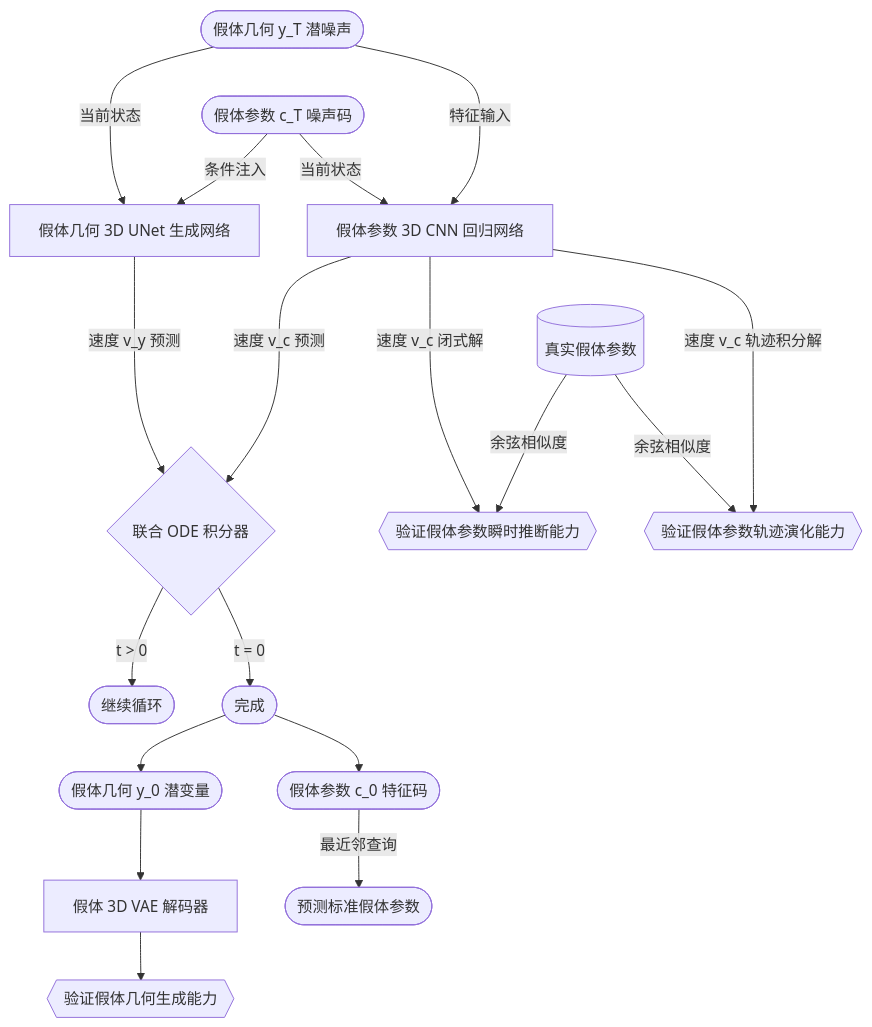
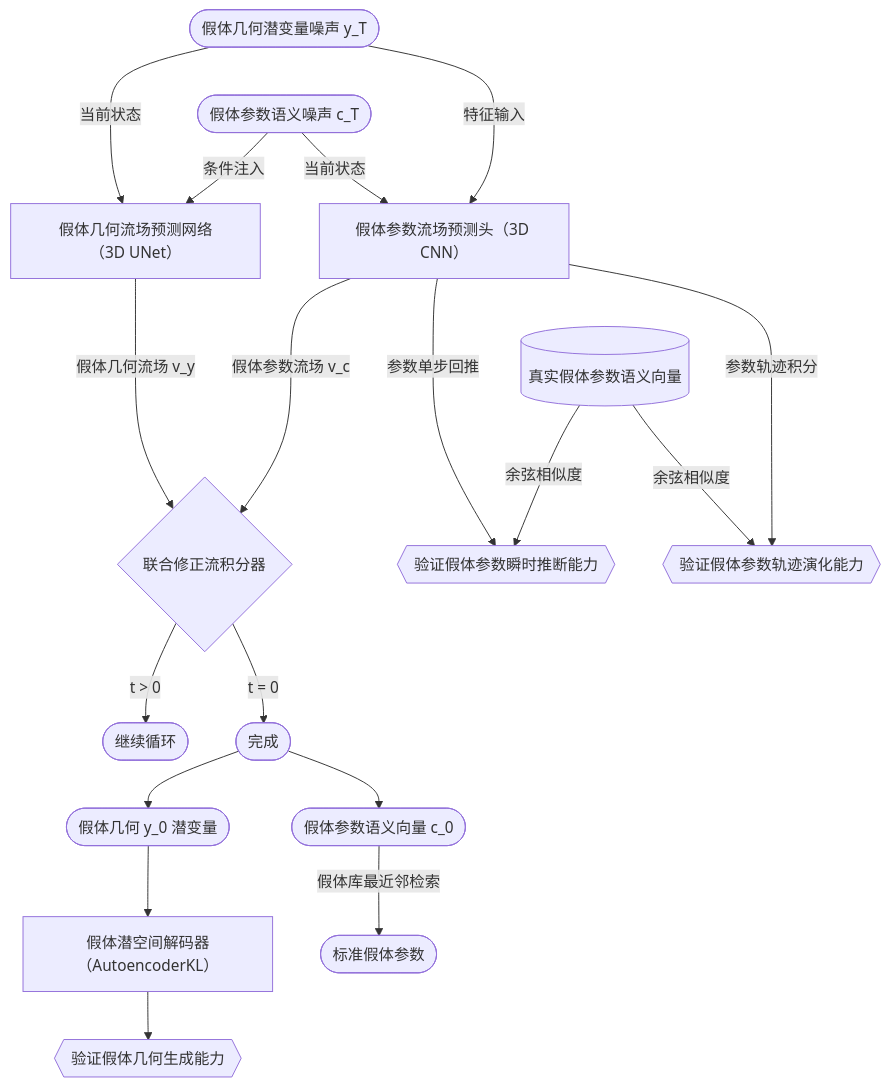
Before and after one commit to doidio/nonahip: the second of 4 diagrams in README.md, drawn with Mermaid. The commit also changed other lines of this file, not shown here.

````diff
--- a/README.md
+++ b/README.md
@@ -115,57 +116,57 @@
 ```mermaid
 flowchart TB  
   %% ---- 联合演化核心动力学 ----
-  noise_y([假体几何 y_T 潜噪声])
-  noise_c([假体参数 c_T 噪声码])
+  noise_y([假体几何潜变量噪声 y_T])
+  noise_c([假体参数语义噪声 c_T])
 
-  unet[假体几何 3D UNet 生成网络]
-  cnn[假体参数 3D CNN 回归网络]
+  unet[假体几何流场预测网络（3D UNet）]
+  cnn[假体参数流场预测头（3D CNN）]
   
-  ode{联合 ODE 积分器}
+  ode{联合修正流积分器}
   
   %% 【特征 1：交织耦合 (相互跨模态注入)】
   noise_y --->|当前状态| unet
   noise_c -->|当前状态| cnn
   
   noise_y --->|特征输入| cnn
   noise_c -->|条件注入| unet
 
   %% 【特征 2：共用 ODE (速度场统一求解)】
-  unet --->|速度 v_y 预测| ode
-  cnn --->|速度 v_c 预测| ode
+  unet --->|假体几何流场 v_y| ode
+  cnn --->|假体参数流场 v_c| ode
 
   %% 【循环与退出隐式语义】
   loop_cont([继续循环])
   ode -->|t > 0| loop_cont
 
   loop_exit([完成])
   ode -->|t = 0| loop_exit
 
   %% 结果输出与解码
   latent_y0([假体几何 y_0 潜变量])
-  code_c0([假体参数 c_0 特征码])
+  code_c0([假体参数语义向量 c_0])
 
   loop_exit --> latent_y0
   loop_exit --> code_c0
 
-  vae_dec[假体 3D VAE 解码器]
+  vae_dec[假体潜空间解码器（AutoencoderKL）]
   eval_geo{{验证假体几何生成能力}}
-  std_param([预测标准假体参数])
+  std_param([标准假体参数])
 
   latent_y0 --> vae_dec --> eval_geo
-  code_c0 -->|最近邻查询| std_param
+  code_c0 -->|假体库最近邻检索| std_param
 
   %% 与真实数据 (Ground Truth) 的全量对比验证
-  gt_param[(真实假体参数)]
+  gt_param[(真实假体参数语义向量)]
 
   eval_v{{验证假体参数瞬时推断能力}}
   eval_vt{{验证假体参数轨迹演化能力}}
 
-  %% 参数回归网络 (3D CNN) 的模型能力验证（脱离联合生成循环的独立评估）
-  cnn --->|速度 v_c 闭式解| eval_v
+  %% 假体参数流场预测头的模型能力验证（脱离联合生成循环的独立评估）
+  cnn --->|参数单步回推| eval_v
   
   gt_param -->|余弦相似度| eval_vt
   gt_param -->|余弦相似度| eval_v
   
-  cnn --->|速度 v_c 轨迹积分解| eval_vt
+  cnn --->|参数轨迹积分| eval_vt
 ```
````
